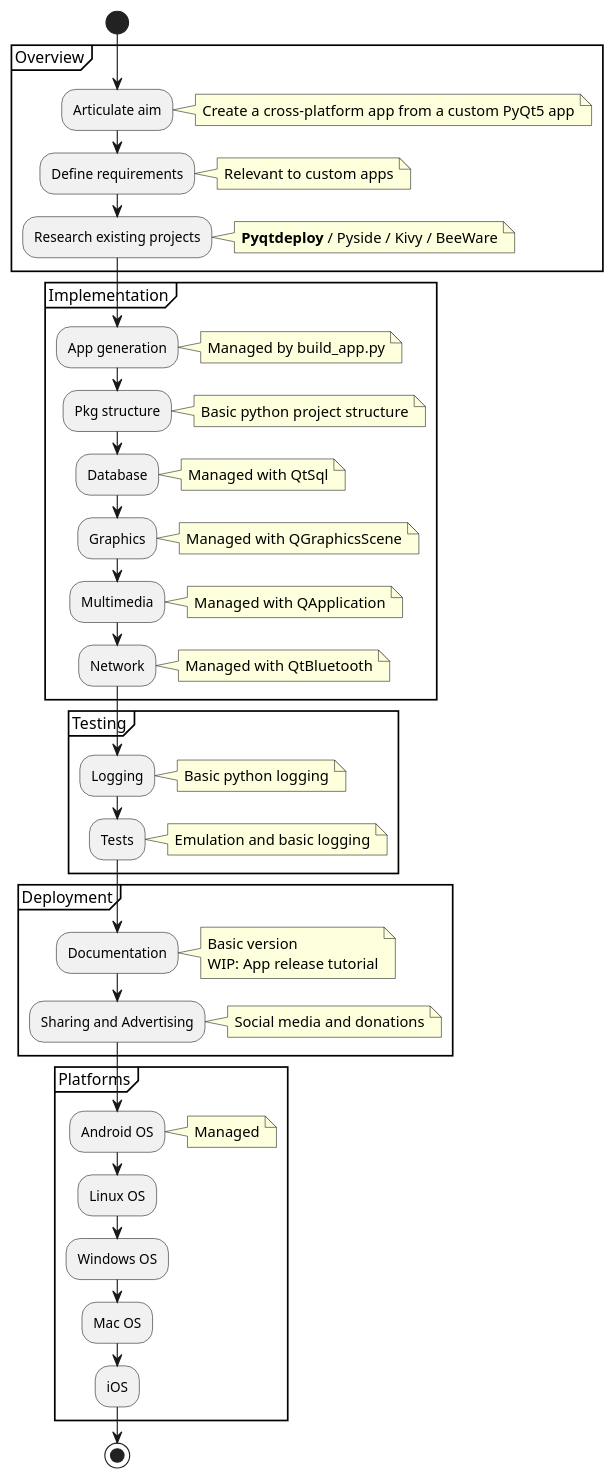
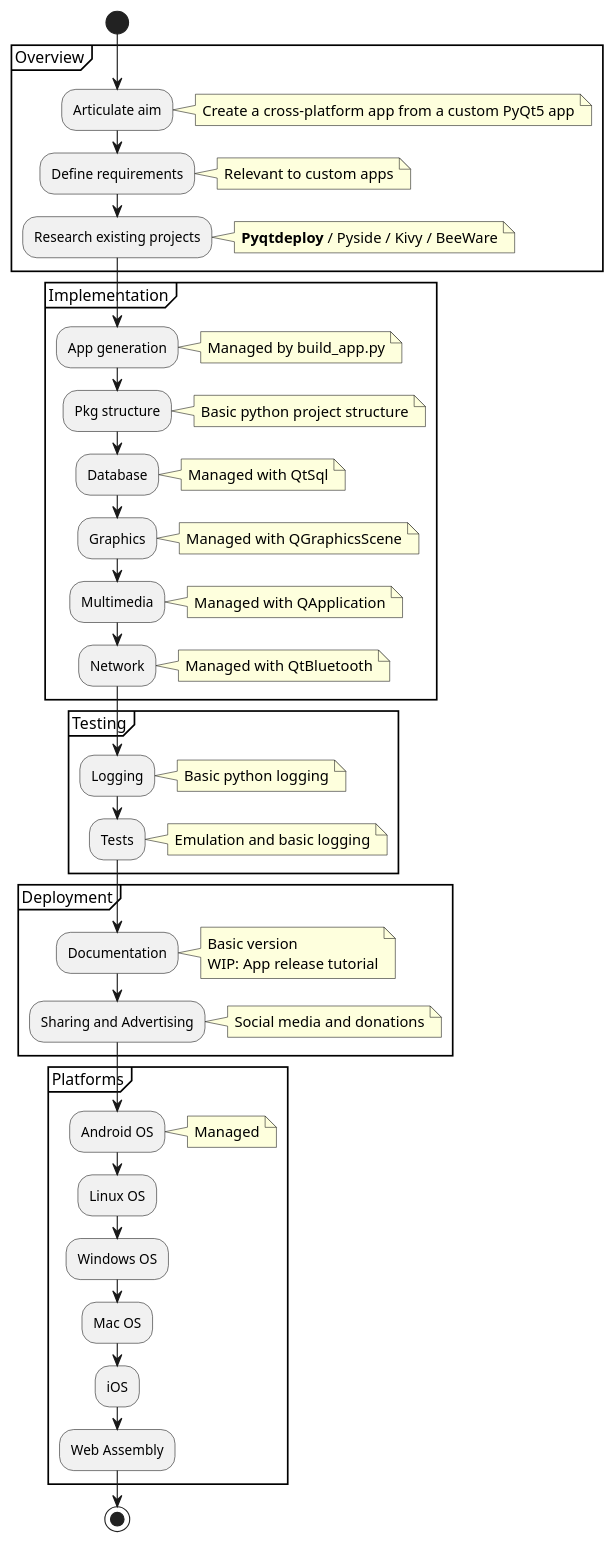
Before and after one commit to achille-martin/pyqt-crom: the diagram in doc/roadmap/roadmap.iuml, drawn with PlantUML.

Commit message:
Added Web assembly to roadmap diagram

```diff
--- a/doc/roadmap/roadmap.iuml
+++ b/doc/roadmap/roadmap.iuml
@@ -1,75 +1,76 @@
 @startuml
 start
 partition Overview {
     :Articulate aim;
     note right
         Create a cross-platform app from a custom PyQt5 app
     end note
     :Define requirements;
     note right
       Relevant to custom apps
     end note
     :Research existing projects;
     note right
         **Pyqtdeploy** / Pyside / Kivy / BeeWare
     end note
 }
 partition Implementation {
     :App generation;
     note right
       Managed by build_app.py
     end note
     :Pkg structure;
     note right
       Basic python project structure
     end note
     :Database;
     note right
       Managed with QtSql
     end note
     :Graphics;
     note right
       Managed with QGraphicsScene
     end note
     :Multimedia;
     note right
       Managed with QApplication
     end note
     :Network;
     note right
       Managed with QtBluetooth
     end note
 }
 partition Testing {
     :Logging;
     note right
       Basic python logging
     end note
     :Tests;
     note right
       Emulation and basic logging
      end note
 }
 partition Deployment {
     :Documentation;
     note right
       Basic version
       WIP: App release tutorial
     end note
     :Sharing and Advertising;
     note right
       Social media and donations
     end note
 }
 partition Platforms {
     :Android OS;
     note right
       Managed
     end note
     :Linux OS;
     :Windows OS;
     :Mac OS;
     :iOS;
+    :Web Assembly;
 }
 stop
 @enduml
```
